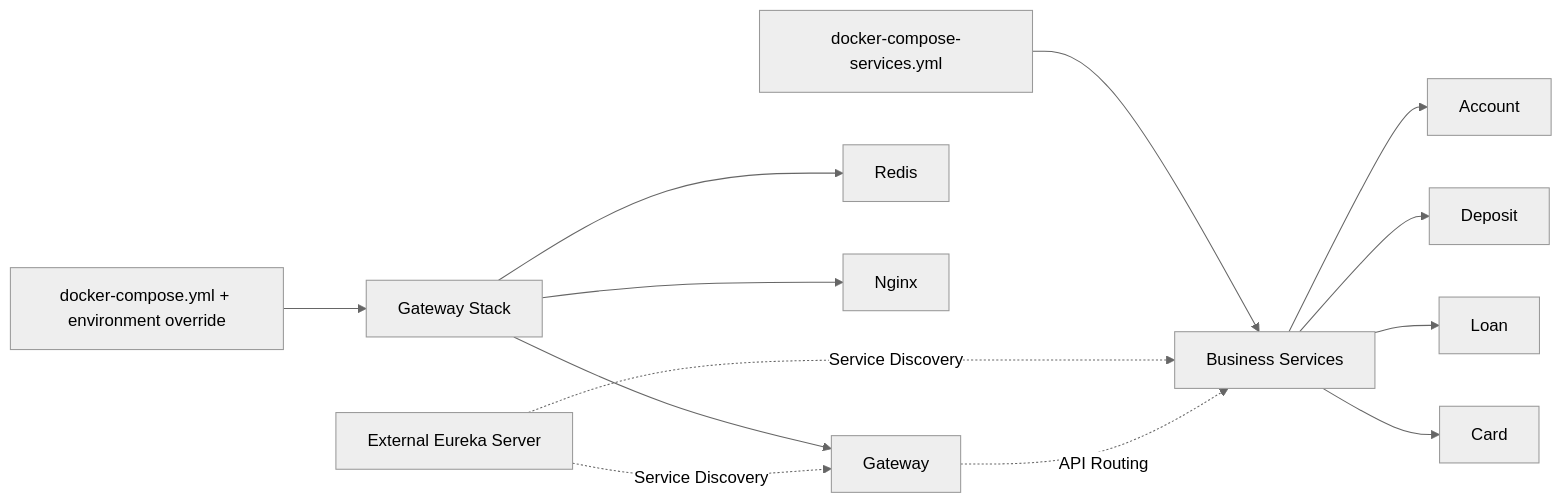
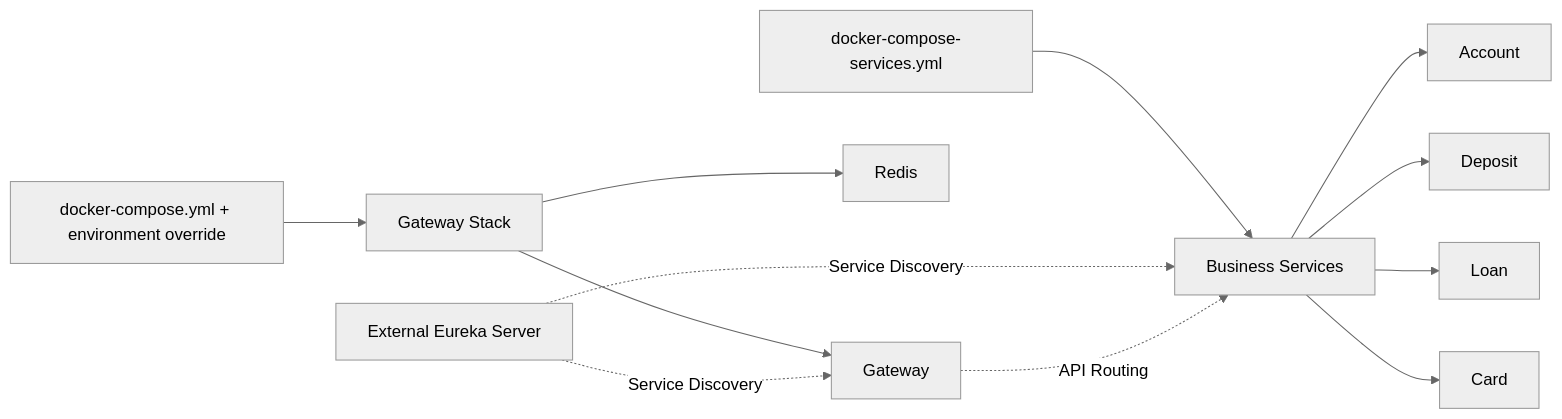
The diagram in DOCKER-COMPOSE.md (socoolheeya/blue-bank-gateway), drawn with Mermaid (neutral theme) before and after one commit. The commit also changed other lines of this file and 55 other files, not shown here.

````diff
--- a/DOCKER-COMPOSE.md
+++ b/DOCKER-COMPOSE.md
@@ -72,17 +71,16 @@
 ```mermaid
 graph LR
     A[docker-compose.yml + environment override] --> B[Gateway Stack]
     B --> B2[Gateway]
     B --> B3[Redis]
-    B --> B4[Nginx]
     E[External Eureka Server] -.Service Discovery.-> B2
 
     C[docker-compose-services.yml] --> D[Business Services]
     D --> D1[Account]
     D --> D2[Deposit]
     D --> D3[Loan]
     D --> D4[Card]
 
     E -.Service Discovery.-> D
     B2 -.API Routing.-> D
 ```
````
